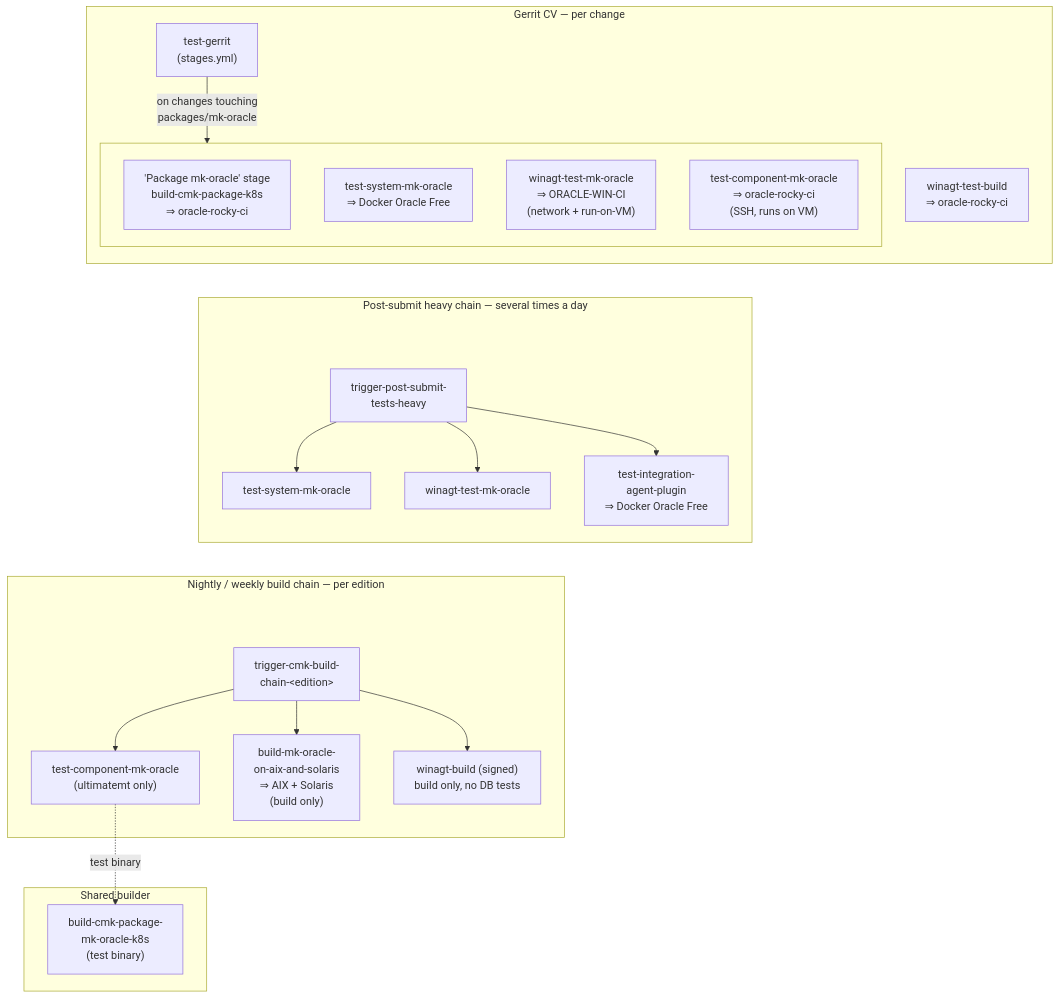
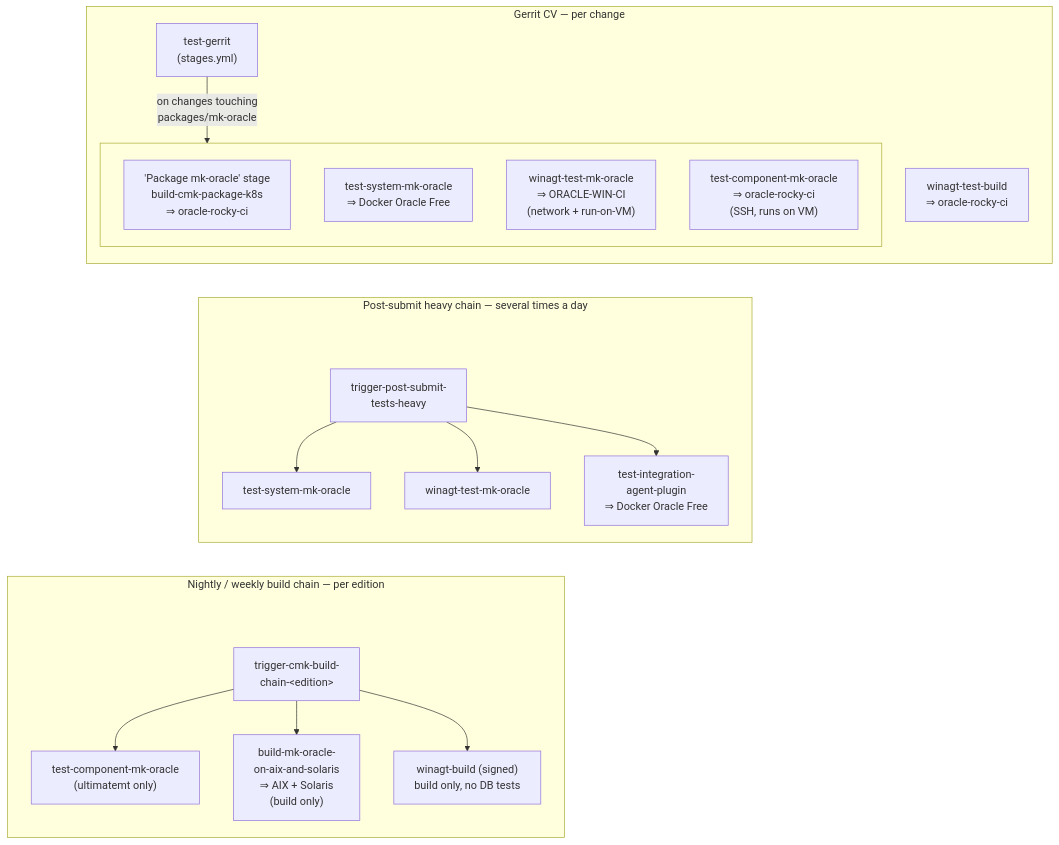
Before and after one commit to Checkmk/checkmk: the diagram in packages/mk-oracle/tests/docs/ci-jobs.md, drawn with Mermaid. The commit also changed other lines of this file and 4 other files, not shown here.

First line of the commit message:
Build mk-oracle component tests hermetically

````diff
--- a/packages/mk-oracle/tests/docs/ci-jobs.md
+++ b/packages/mk-oracle/tests/docs/ci-jobs.md
@@ -23,51 +23,45 @@
 ```mermaid
 flowchart TD
     subgraph CV["Gerrit CV — per change"]
         TG["test-gerrit<br/>(stages.yml)"]
         WTB["winagt-test-build<br/>⇒ oracle-rocky-ci"]
         subgraph CVORA[" "]
             PKG["'Package mk-oracle' stage<br/>build-cmk-package-k8s<br/>⇒ oracle-rocky-ci"]
             CVTSM["test-system-mk-oracle<br/>⇒ Docker Oracle Free"]
             CVWMO["winagt-test-mk-oracle<br/>⇒ ORACLE-WIN-CI<br/>(network + run-on-VM)"]
             CVTCM["test-component-mk-oracle<br/>⇒ oracle-rocky-ci<br/>(SSH, runs on VM)"]
         end
         TG -->|"on changes touching<br/>packages/mk-oracle"| CVORA
     end
 
     subgraph HEAVY["Post-submit heavy chain — several times a day"]
         HSPACE[" "]
         TH["trigger-post-submit-<br/>tests-heavy"]
         HSPACE ~~~ TH
         HTSM["test-system-mk-oracle"]
         HWMO["winagt-test-mk-oracle"]
         IAP["test-integration-<br/>agent-plugin<br/>⇒ Docker Oracle Free"]
         TH --> HTSM
         TH --> HWMO
         TH --> IAP
     end
 
     subgraph NIGHTLY["Nightly / weekly build chain — per edition"]
         NSPACE[" "]
         BC["trigger-cmk-build-<br/>chain-&lt;edition&gt;"]
         NSPACE ~~~ BC
         NTCM["test-component-mk-oracle<br/>(ultimatemt only)"]
         AIXSOL["build-mk-oracle-<br/>on-aix-and-solaris<br/>⇒ AIX + Solaris<br/>(build only)"]
         WB["winagt-build (signed)<br/>build only, no DB tests"]
         BC --> NTCM
         BC --> AIXSOL
         BC --> WB
     end
 
-    subgraph SHARED["Shared builder"]
-        K8S["build-cmk-package-<br/>mk-oracle-k8s<br/>(test binary)"]
-    end
-
     %% invisible links: keep the blocks in development-workflow order
     CVTSM ~~~ HSPACE
     HTSM ~~~ NSPACE
 
-    NTCM -. "test binary" .-> K8S
-
     classDef spacer fill:none,stroke:none
     class HSPACE,NSPACE spacer
 ```
````
